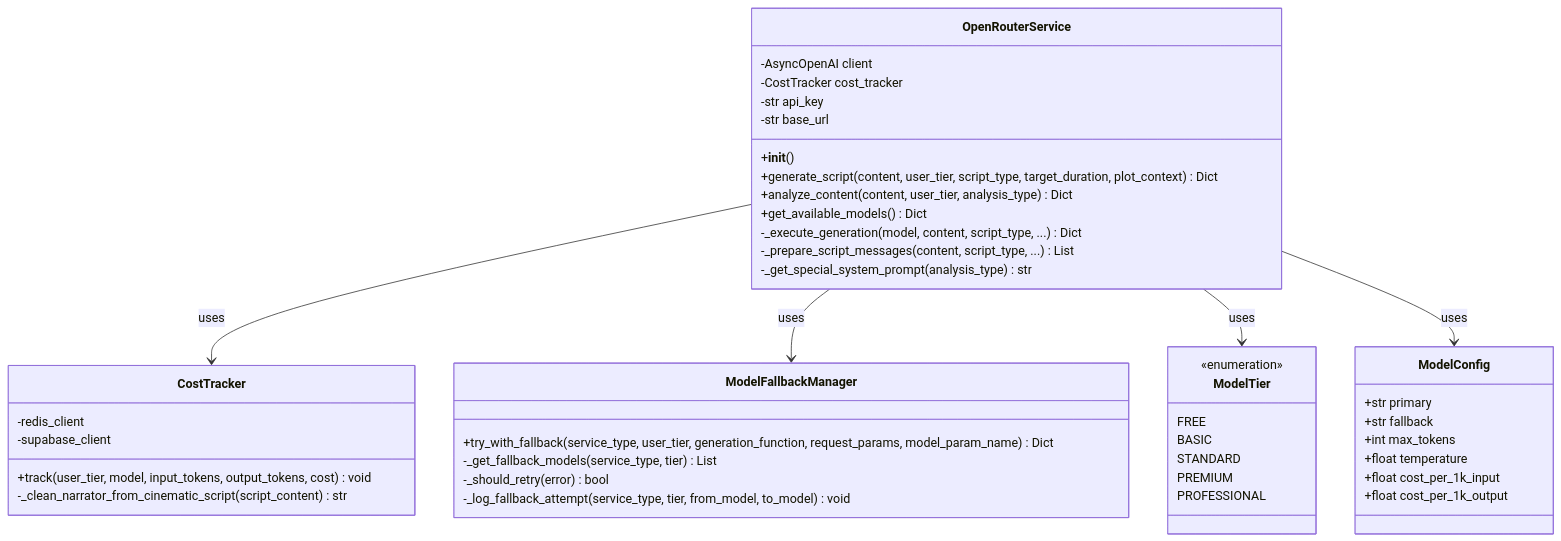
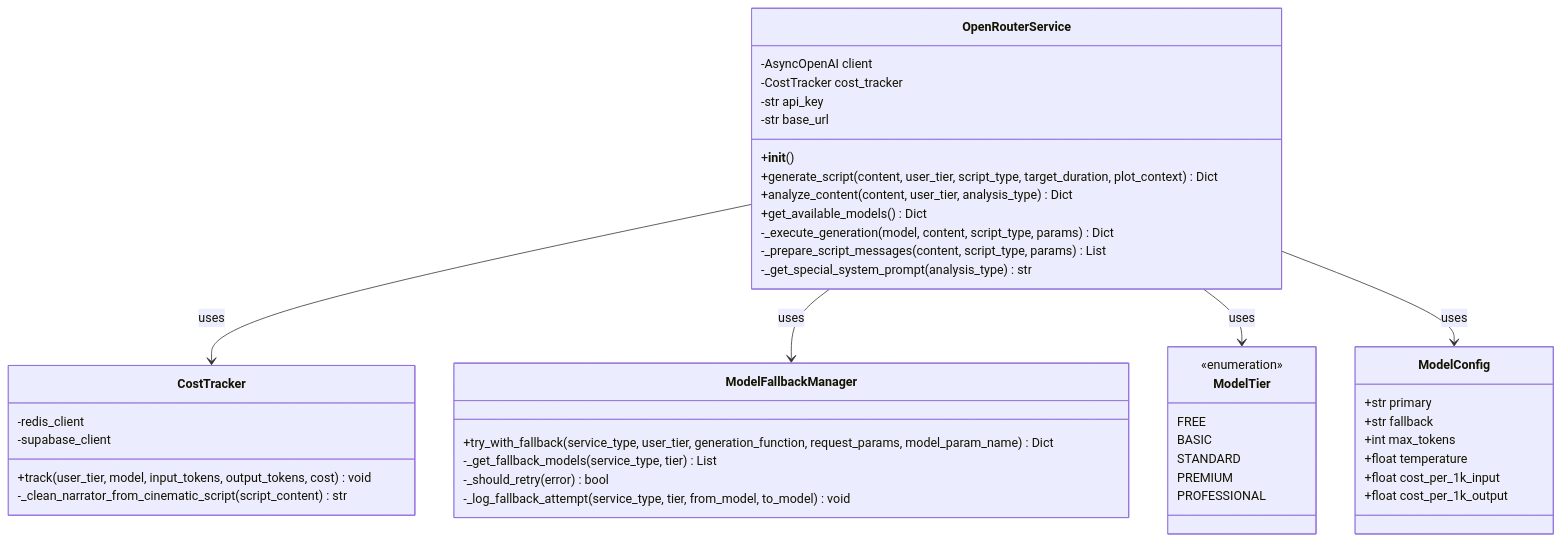
The sixth of 8 diagrams in new-full-architecture/C4-DIAGRAMS.md (iamade/litinkapp), drawn with Mermaid before and after one commit. The commit also changed 3 other files, not shown here.

````diff
--- a/new-full-architecture/C4-DIAGRAMS.md
+++ b/new-full-architecture/C4-DIAGRAMS.md
@@ -508,53 +508,53 @@
 ```mermaid
 classDiagram
     class OpenRouterService {
         -AsyncOpenAI client
         -CostTracker cost_tracker
         -str api_key
         -str base_url
         +__init__()
         +generate_script(content, user_tier, script_type, target_duration, plot_context) Dict
         +analyze_content(content, user_tier, analysis_type) Dict
         +get_available_models() Dict
-        -_execute_generation(model, content, script_type, ...) Dict
-        -_prepare_script_messages(content, script_type, ...) List
+        -_execute_generation(model, content, script_type, params) Dict
+        -_prepare_script_messages(content, script_type, params) List
         -_get_special_system_prompt(analysis_type) str
     }
     
     class CostTracker {
         -redis_client
         -supabase_client
         +track(user_tier, model, input_tokens, output_tokens, cost) void
         -_clean_narrator_from_cinematic_script(script_content) str
     }
     
     class ModelFallbackManager {
         +try_with_fallback(service_type, user_tier, generation_function, request_params, model_param_name) Dict
         -_get_fallback_models(service_type, tier) List
         -_should_retry(error) bool
         -_log_fallback_attempt(service_type, tier, from_model, to_model) void
     }
     
     class ModelTier {
         <<enumeration>>
         FREE
         BASIC
         STANDARD
         PREMIUM
         PROFESSIONAL
     }
     
     class ModelConfig {
         +str primary
         +str fallback
         +int max_tokens
         +float temperature
         +float cost_per_1k_input
         +float cost_per_1k_output
     }
     
     OpenRouterService --> CostTracker : uses
     OpenRouterService --> ModelFallbackManager : uses
     OpenRouterService --> ModelTier : uses
     OpenRouterService --> ModelConfig : uses
 ```
````
